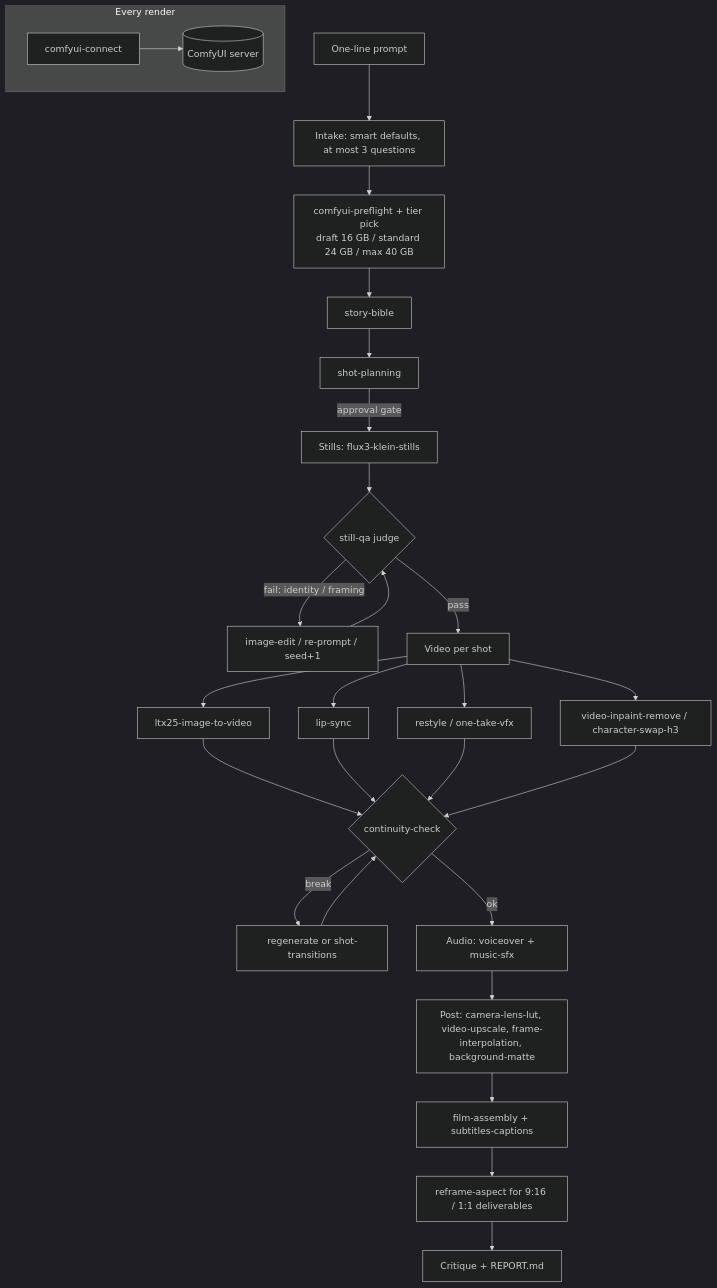
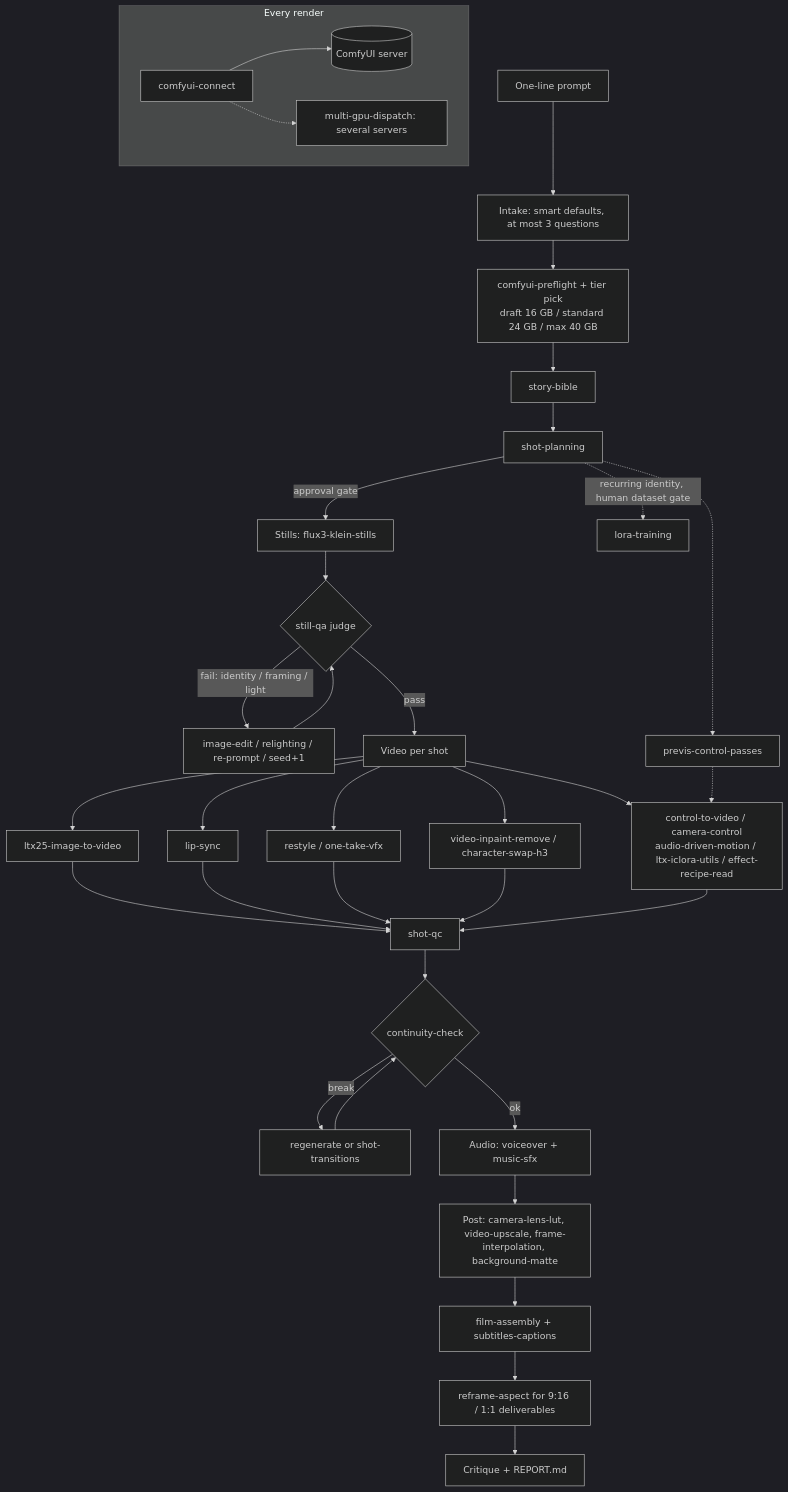
The diagram in README.md (mojomast/open-higgsfield-skills), drawn with Mermaid (dark theme) before and after one commit. The commit also changed other lines of this file and 277 other files, not shown here.

````diff
--- a/README.md
+++ b/README.md
@@ -22,27 +22,31 @@
 ```mermaid
 flowchart TD
     A[One-line prompt] --> B[Intake: smart defaults, at most 3 questions]
     B --> C[comfyui-preflight + tier pick<br/>draft 16 GB / standard 24 GB / max 40 GB]
     C --> D[story-bible]
     D --> E[shot-planning]
     E -->|approval gate| F[Stills: flux3-klein-stills]
     F --> G{still-qa judge}
-    G -->|fail: identity / framing| H[image-edit / re-prompt / seed+1]
+    G -->|fail: identity / framing / light| H[image-edit / relighting / re-prompt / seed+1]
     H --> G
     G -->|pass| I[Video per shot]
     I --> I1[ltx25-image-to-video]
     I --> I2[lip-sync]
     I --> I3[restyle / one-take-vfx]
     I --> I4[video-inpaint-remove / character-swap-h3]
-    I1 & I2 & I3 & I4 --> J{continuity-check}
+    I --> I5[control-to-video / camera-control<br/>audio-driven-motion / ltx-iclora-utils / effect-recipe-read]
+    E -.-> PV[previs-control-passes] -.-> I5
+    E -.->|recurring identity, human dataset gate| LT[lora-training]
+    I1 & I2 & I3 & I4 & I5 --> SQ[shot-qc] --> J{continuity-check}
     J -->|break| K[regenerate or shot-transitions]
     K --> J
     J -->|ok| L[Audio: voiceover + music-sfx]
     L --> M[Post: camera-lens-lut, video-upscale, frame-interpolation, background-matte]
     M --> N[film-assembly + subtitles-captions]
     N --> O[reframe-aspect for 9:16 / 1:1 deliverables]
     O --> P[Critique + REPORT.md]
     subgraph transport[Every render]
       Q[comfyui-connect] --> R[(ComfyUI server)]
+      Q -.-> MG[multi-gpu-dispatch: several servers]
     end
 ```
````
